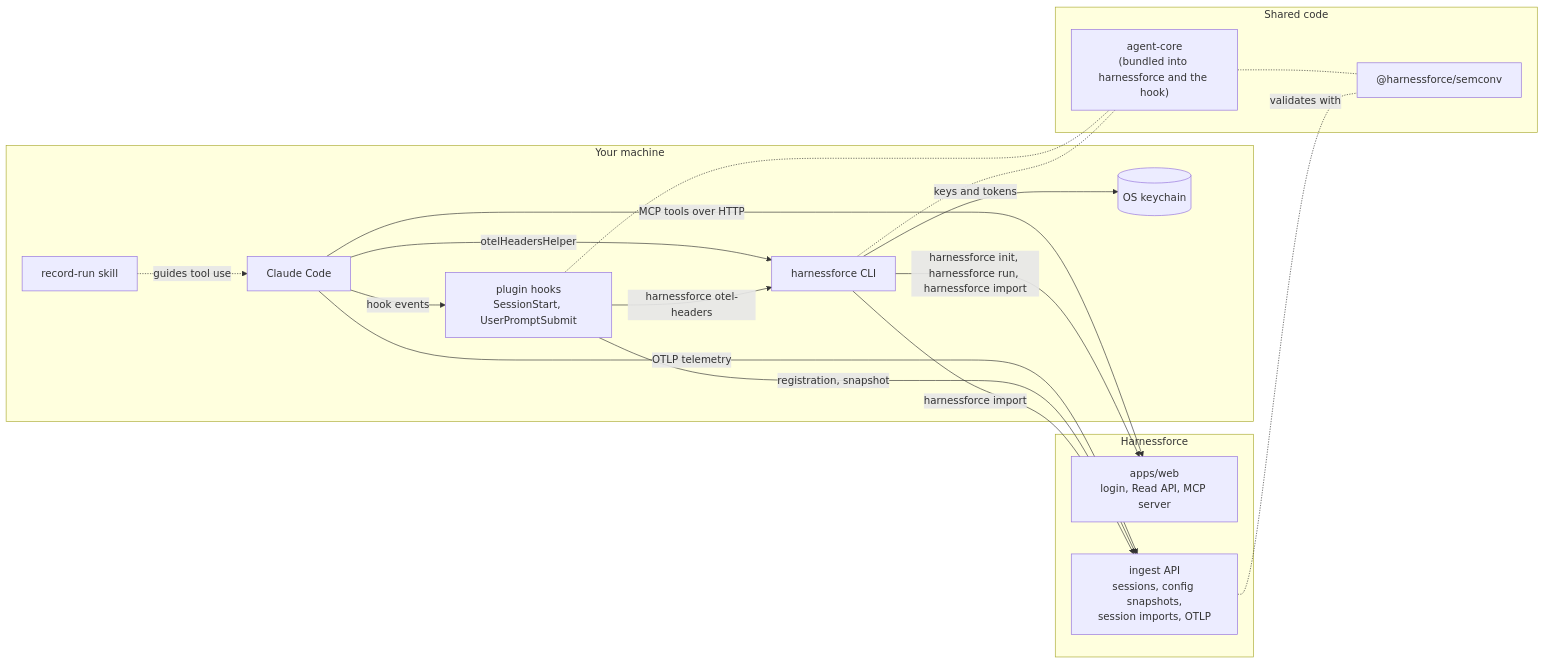
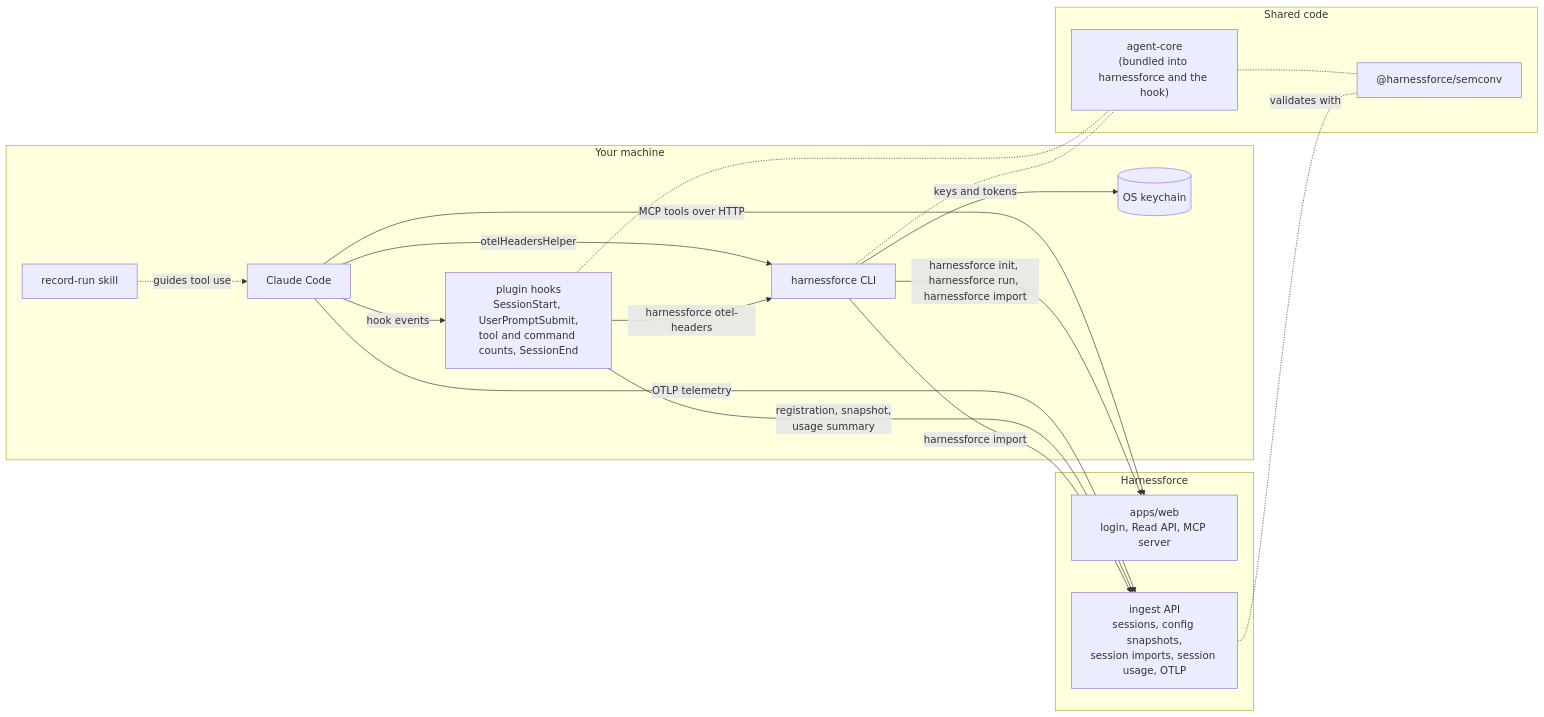
The diagram in README.md (lambda-script/harnessforce-agent), drawn with Mermaid before and after one commit. The commit also changed other lines of this file and 24 other files, not shown here.

First line of the commit message:
feat(plugin): send session usage summaries of the configured skills, commands, subagents and MCP servers (#26)

````diff
--- a/README.md
+++ b/README.md
@@ -78,33 +83,33 @@
 ```mermaid
 flowchart LR
   subgraph machine["Your machine"]
     cc["Claude Code"]
-    hook["plugin hooks<br/>SessionStart, UserPromptSubmit"]
+    hook["plugin hooks<br/>SessionStart, UserPromptSubmit,<br/>tool and command counts, SessionEnd"]
     skill["record-run skill"]
     harnessforce["harnessforce CLI"]
     keychain[("OS keychain")]
   end
   subgraph code["Shared code"]
     core["agent-core<br/>(bundled into harnessforce and the hook)"]
     semconv["@harnessforce/semconv"]
   end
   subgraph service["Harnessforce"]
     web["apps/web<br/>login, Read API, MCP server"]
-    ingest["ingest API<br/>sessions, config snapshots,<br/>session imports, OTLP"]
+    ingest["ingest API<br/>sessions, config snapshots,<br/>session imports, session usage, OTLP"]
   end
 
   cc -- "hook events" --> hook
   cc -- "otelHeadersHelper" --> harnessforce
   cc -- "OTLP telemetry" --> ingest
   cc -- "MCP tools over HTTP" --> web
   skill -. "guides tool use" .-> cc
   hook -- "harnessforce otel-headers" --> harnessforce
-  hook -- "registration, snapshot" --> ingest
+  hook -- "registration, snapshot,<br/>usage summary" --> ingest
   harnessforce -- "keys and tokens" --> keychain
   harnessforce -- "harnessforce init, harnessforce run, harnessforce import" --> web
   harnessforce -- "harnessforce import" --> ingest
   hook -.- core
   harnessforce -.- core
   core -.- semconv
   ingest -.-|validates with| semconv
 ```
````
